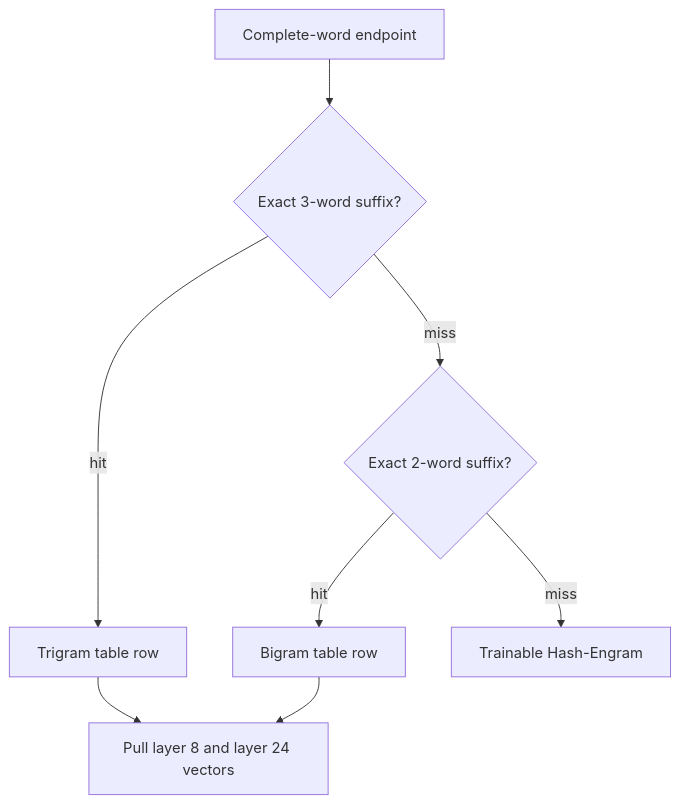
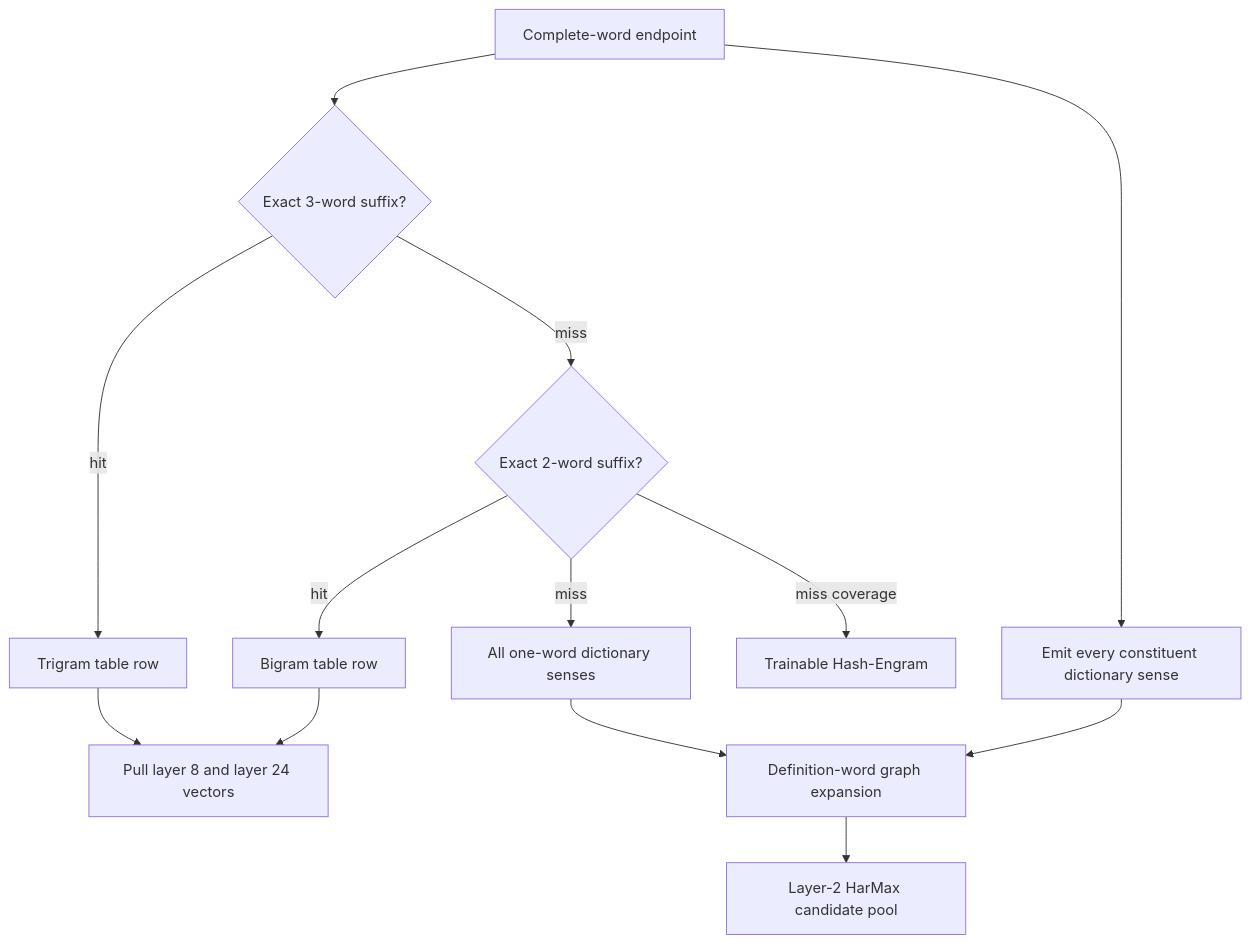
Before and after one commit to Carson1391/Dendritron-recurrent-engram: the first of 3 diagrams in README.md, drawn with Mermaid. The commit also changed other lines of this file and 2 other files, not shown here.

Commit message:
Connect layer-2 dictionary graph to reasoning path

````diff
--- a/README.md
+++ b/README.md
@@ -122,10 +126,15 @@
 ```mermaid
 flowchart TD
     A[Complete-word endpoint] --> B{Exact 3-word suffix?}
+    A --> H[Emit every constituent dictionary sense]
     B -->|hit| C[Trigram table row]
     B -->|miss| D{Exact 2-word suffix?}
     D -->|hit| E[Bigram table row]
-    D -->|miss| F[Trainable Hash-Engram]
+    D -->|miss| F[All one-word dictionary senses]
+    D -->|miss coverage| I[Trainable Hash-Engram]
     C --> G[Pull layer 8 and layer 24 vectors]
     E --> G
+    H --> J[Definition-word graph expansion]
+    F --> J
+    J --> K[Layer-2 HarMax candidate pool]
 ```
````
